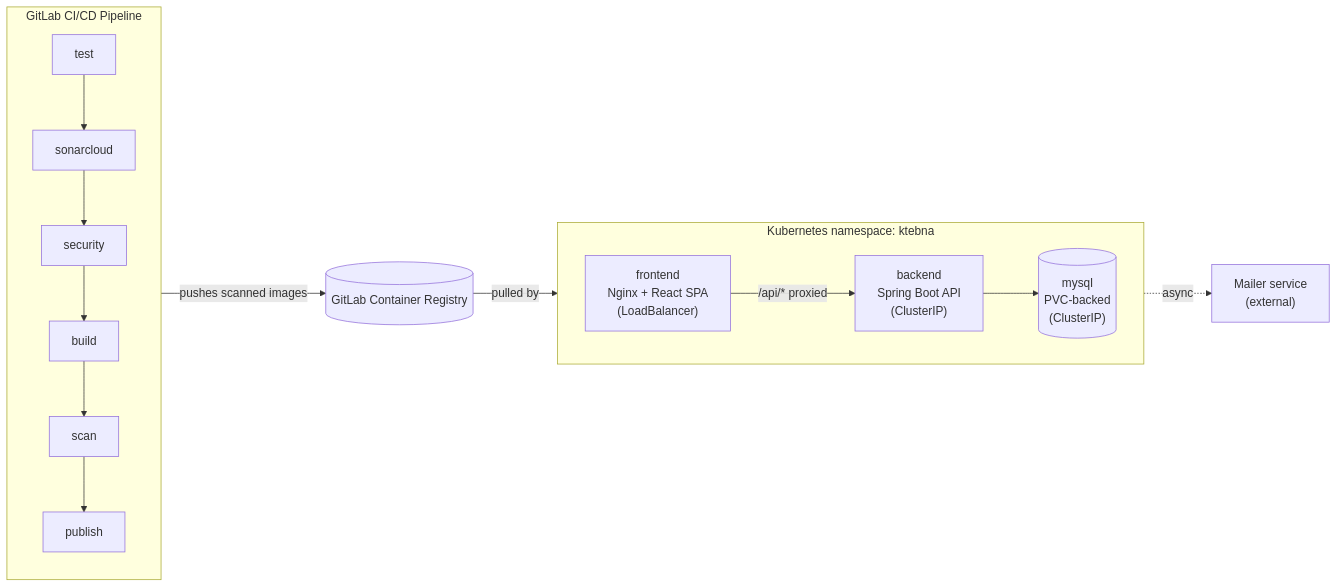
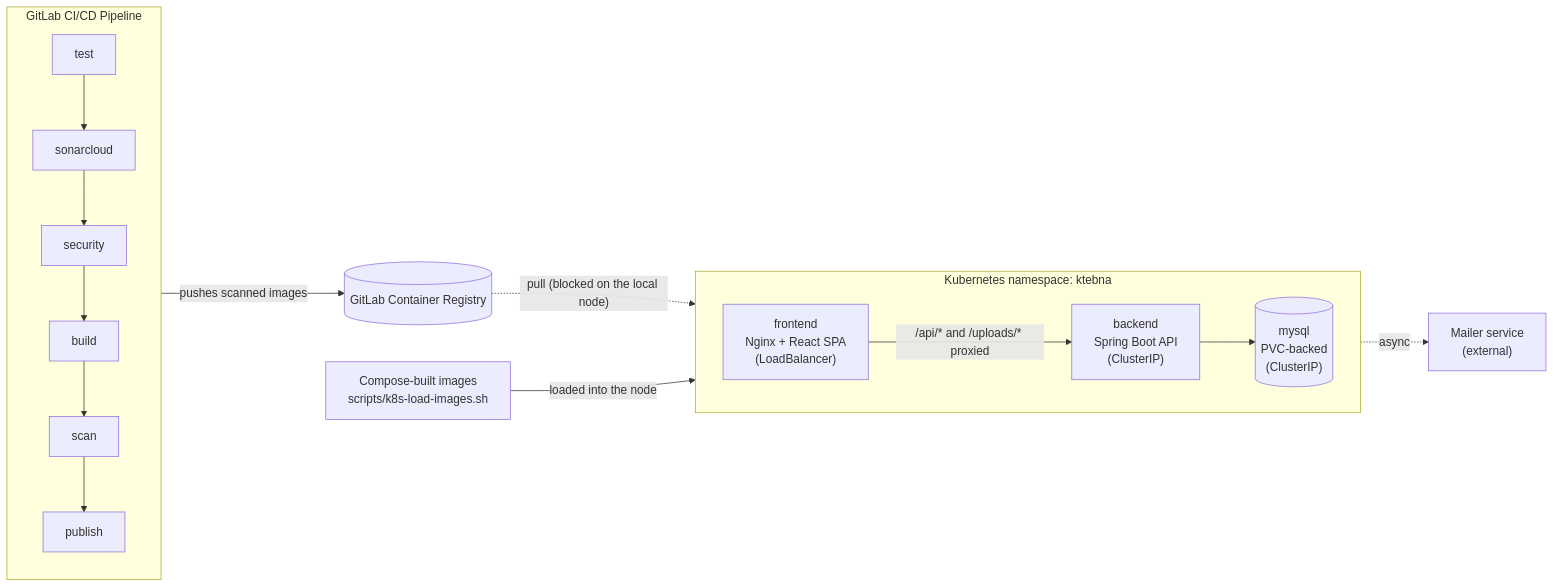
Before and after one commit to Saifexe/Ktebna: the first of 2 diagrams in README.md, drawn with Mermaid. The commit also changed other lines of this file and 6 other files, not shown here.

````diff
--- a/README.md
+++ b/README.md
@@ -99,16 +99,17 @@
 ```mermaid
 flowchart LR
     subgraph CI["GitLab CI/CD Pipeline"]
         direction TB
         T[test] --> S[sonarcloud] --> SEC[security] --> B[build] --> SC[scan] --> P[publish]
     end
     CI -->|pushes scanned images| REG[(GitLab Container Registry)]
-    REG -->|pulled by| K8S
+    REG -.->|"pull (blocked on the local node)"| K8S
+    LOCAL["Compose-built images<br/>scripts/k8s-load-images.sh"] -->|loaded into the node| K8S
 
     subgraph K8S["Kubernetes namespace: ktebna"]
         direction LR
-        FE["frontend<br/>Nginx + React SPA<br/>(LoadBalancer)"] -->|"/api/* proxied"| BE["backend<br/>Spring Boot API<br/>(ClusterIP)"]
+        FE["frontend<br/>Nginx + React SPA<br/>(LoadBalancer)"] -->|"/api/* and /uploads/* proxied"| BE["backend<br/>Spring Boot API<br/>(ClusterIP)"]
         BE --> DB[("mysql<br/>PVC-backed<br/>(ClusterIP)")]
     end
     BE -.->|async| MAIL["Mailer service<br/>(external)"]
 ```
````
